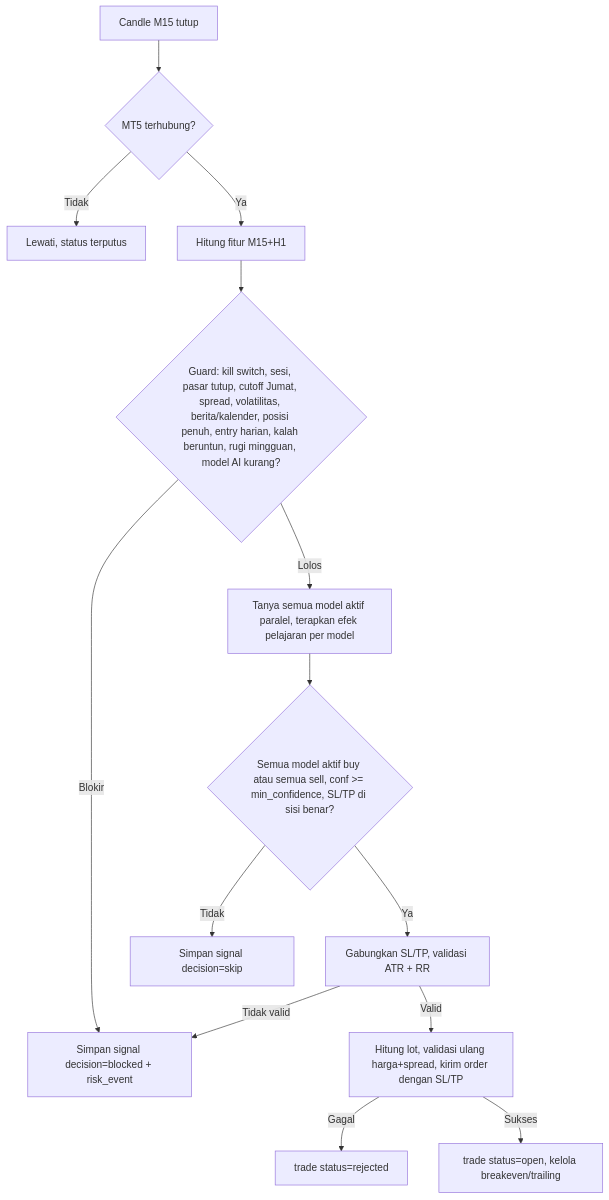
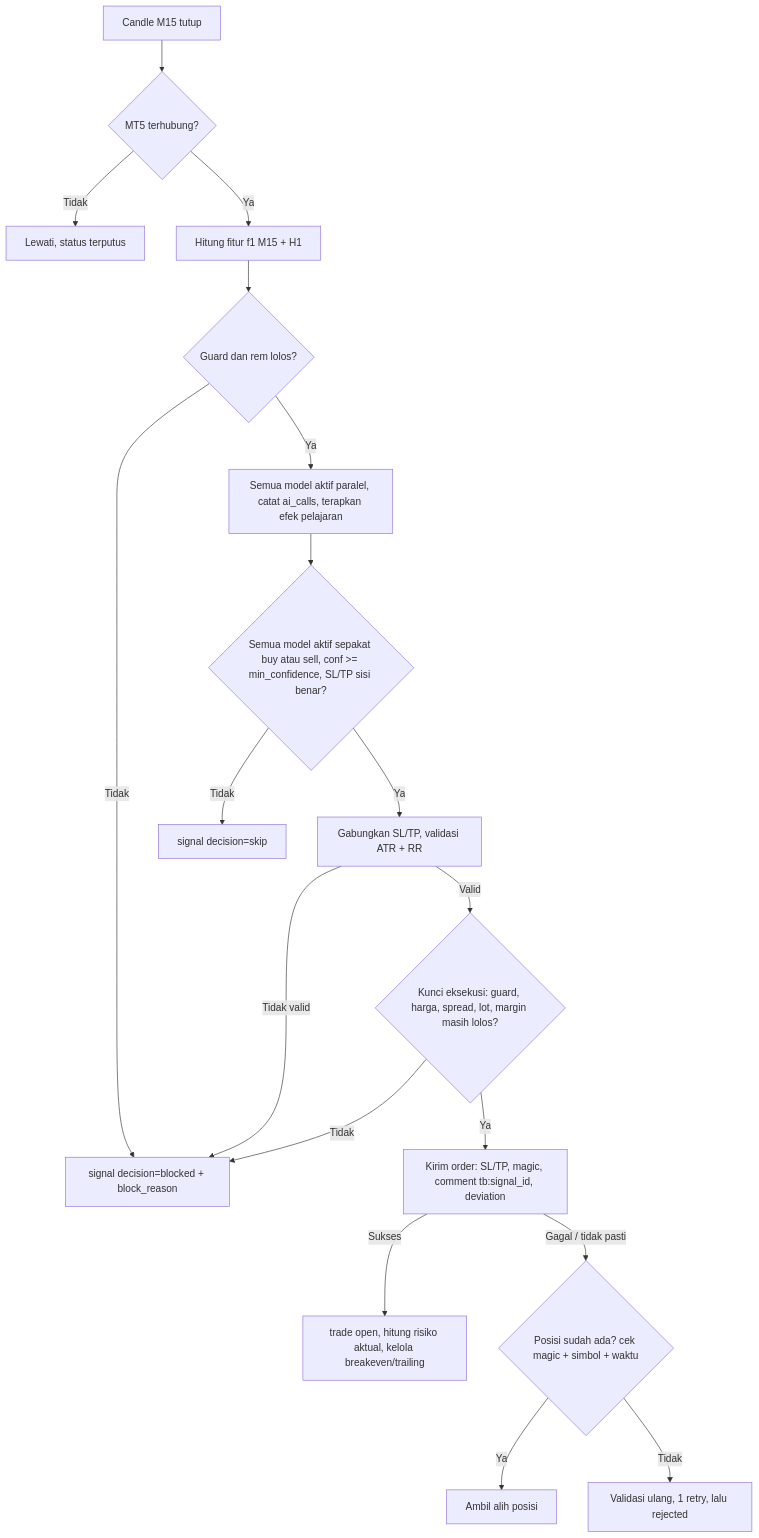
Before and after one commit to rifan6juli-svg/tradingbot: the second of 3 diagrams in docs/AFD.md, drawn with Mermaid. The commit also changed other lines of this file and 6 other files, not shown here.

````diff
--- a/docs/AFD.md
+++ b/docs/AFD.md
@@ -27,16 +27,20 @@
 ```mermaid
 flowchart TD
   A[Candle M15 tutup] --> B{MT5 terhubung?}
   B -- Tidak --> X1[Lewati, status terputus]
-  B -- Ya --> C[Hitung fitur M15+H1]
-  C --> D{Guard: kill switch, sesi, pasar tutup, cutoff Jumat, spread, volatilitas, berita/kalender, posisi penuh, entry harian, kalah beruntun, rugi mingguan, model AI kurang?}
-  D -- Blokir --> X2[Simpan signal decision=blocked + risk_event]
-  D -- Lolos --> E[Tanya semua model aktif paralel, terapkan efek pelajaran per model]
-  E --> F{Semua model aktif buy atau semua sell, conf >= min_confidence, SL/TP di sisi benar?}
-  F -- Tidak --> X3[Simpan signal decision=skip]
+  B -- Ya --> C[Hitung fitur f1 M15 + H1]
+  C --> D{Guard dan rem lolos?}
+  D -- Tidak --> X2[signal decision=blocked + block_reason]
+  D -- Ya --> E[Semua model aktif paralel, catat ai_calls, terapkan efek pelajaran]
+  E --> F{Semua model aktif sepakat buy atau sell, conf >= min_confidence, SL/TP sisi benar?}
+  F -- Tidak --> X3[signal decision=skip]
   F -- Ya --> G[Gabungkan SL/TP, validasi ATR + RR]
   G -- Tidak valid --> X2
-  G -- Valid --> H[Hitung lot, validasi ulang harga+spread, kirim order dengan SL/TP]
-  H -- Gagal --> X4[trade status=rejected]
-  H -- Sukses --> I[trade status=open, kelola breakeven/trailing]
+  G -- Valid --> H{Kunci eksekusi: guard, harga, spread, lot, margin masih lolos?}
+  H -- Tidak --> X2
+  H -- Ya --> I[Kirim order: SL/TP, magic, comment tb:signal_id, deviation]
+  I -- Sukses --> M[trade open, hitung risiko aktual, kelola breakeven/trailing]
+  I -- Gagal / tidak pasti --> J{Posisi sudah ada? cek magic + simbol + waktu}
+  J -- Ya --> K[Ambil alih posisi]
+  J -- Tidak --> L[Validasi ulang, 1 retry, lalu rejected]
 ```
````
